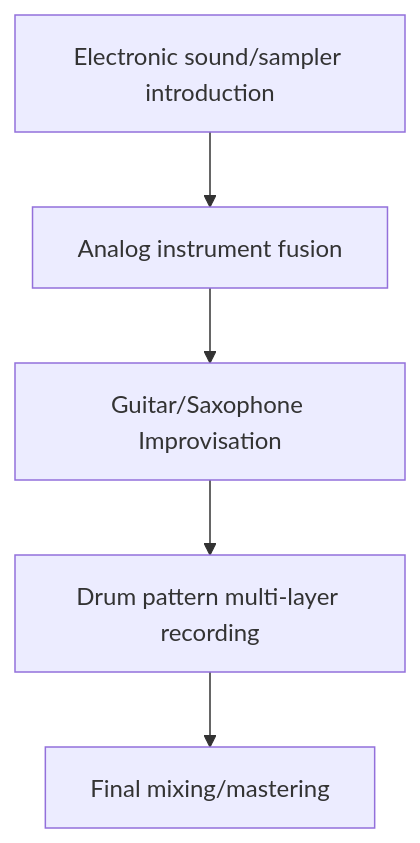
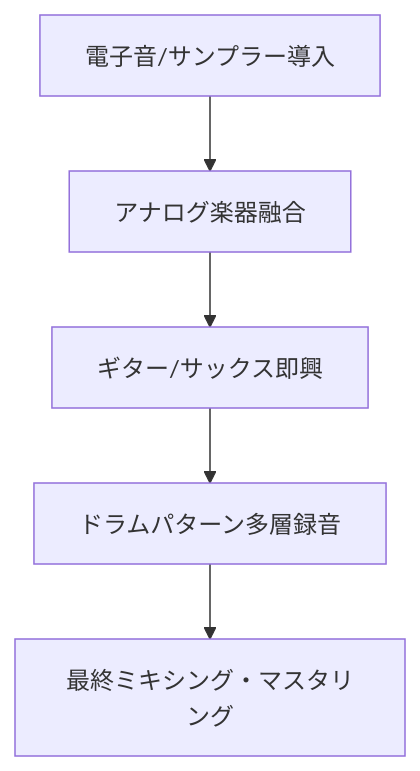
Diagram 13 of 18 in en/_posts/2025-11-22-column-butthole-surfers.md (monumental-movement/monumental-movement.github.io), drawn with Mermaid before and after one commit. The commit also changed other lines of this file and 2196 other files, not shown here.

```diff
--- a/en/_posts/2025-11-22-column-butthole-surfers.md
+++ b/en/_posts/2025-11-22-column-butthole-surfers.md
@@ -307,7 +306,7 @@
 <div class="mermaid">
 flowchart TD
-    A["Electronic sound/sampler introduction"] --> B["Analog instrument fusion"]
-    B --> C["Guitar/Saxophone Improvisation"]
-    C --> D["Drum pattern multi-layer recording"]
-    D --> E["Final mixing/mastering"]
+    A["電子音/サンプラー導入"] --> B["アナログ楽器融合"]
+    B --> C["ギター/サックス即興"]
+    C --> D["ドラムパターン多層録音"]
+    D --> E["最終ミキシング・マスタリング"]
 </div>
```
